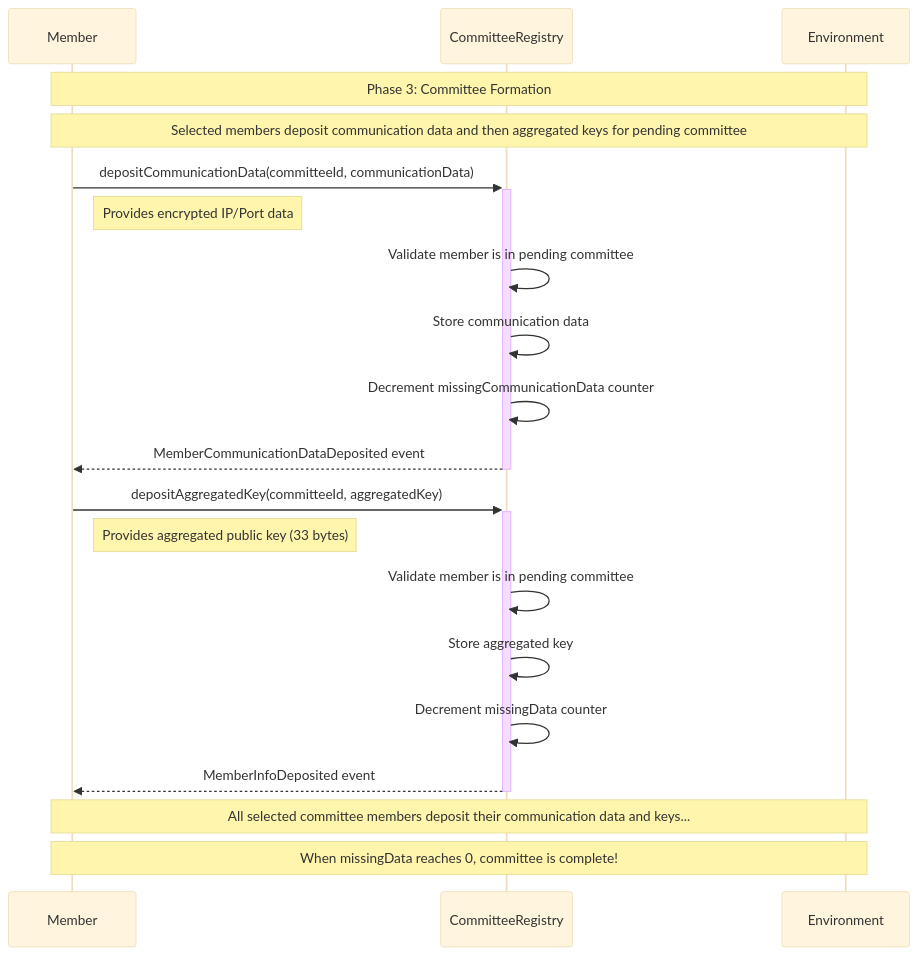
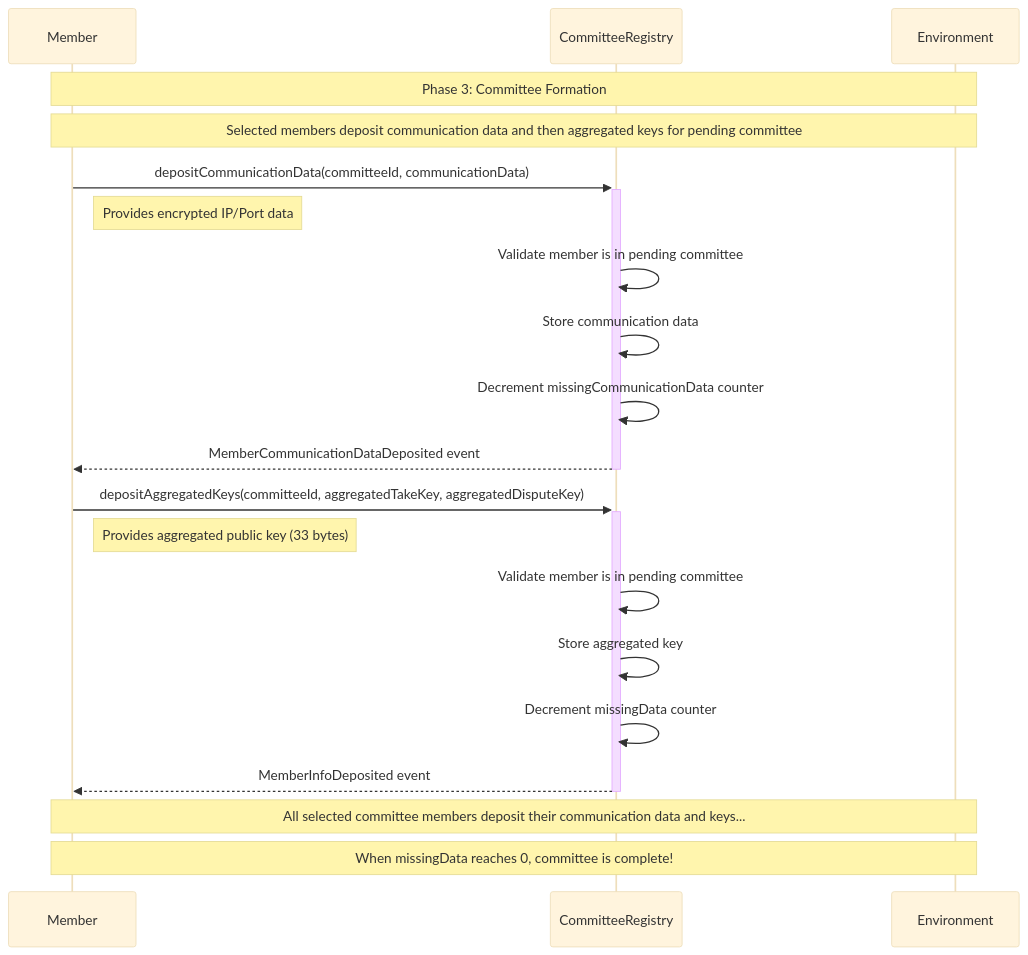
Before and after one commit to rsksmart/union-bridge-contracts: the third of 14 diagrams in README.md, drawn with Mermaid (base theme). The commit also changed other lines of this file and 38 other files, not shown here.

First line of the commit message:
Aggregated dispute key (#411)

````diff
--- a/README.md
+++ b/README.md
@@ -687,26 +687,26 @@
 ```mermaid
 sequenceDiagram
     participant M as Member
     participant CR as CommitteeRegistry
     participant ENV as Environment
 
     Note over M,ENV: Phase 3: Committee Formation
     Note over M,ENV: Selected members deposit communication data and then aggregated keys for pending committee
 
     M->>+CR: depositCommunicationData(committeeId, communicationData)
     Note right of M: Provides encrypted IP/Port data
     CR->>CR: Validate member is in pending committee
     CR->>CR: Store communication data
     CR->>CR: Decrement missingCommunicationData counter
     CR-->>-M: MemberCommunicationDataDeposited event
 
-    M->>+CR: depositAggregatedKey(committeeId, aggregatedKey)
+    M->>+CR: depositAggregatedKeys(committeeId, aggregatedTakeKey, aggregatedDisputeKey)
     Note right of M: Provides aggregated public key (33 bytes)
     CR->>CR: Validate member is in pending committee
     CR->>CR: Store aggregated key
     CR->>CR: Decrement missingData counter
     CR-->>-M: MemberInfoDeposited event
 
     Note over M,ENV: All selected committee members deposit their communication data and keys...
     Note over M,ENV: When missingData reaches 0, committee is complete!
 ```
````
